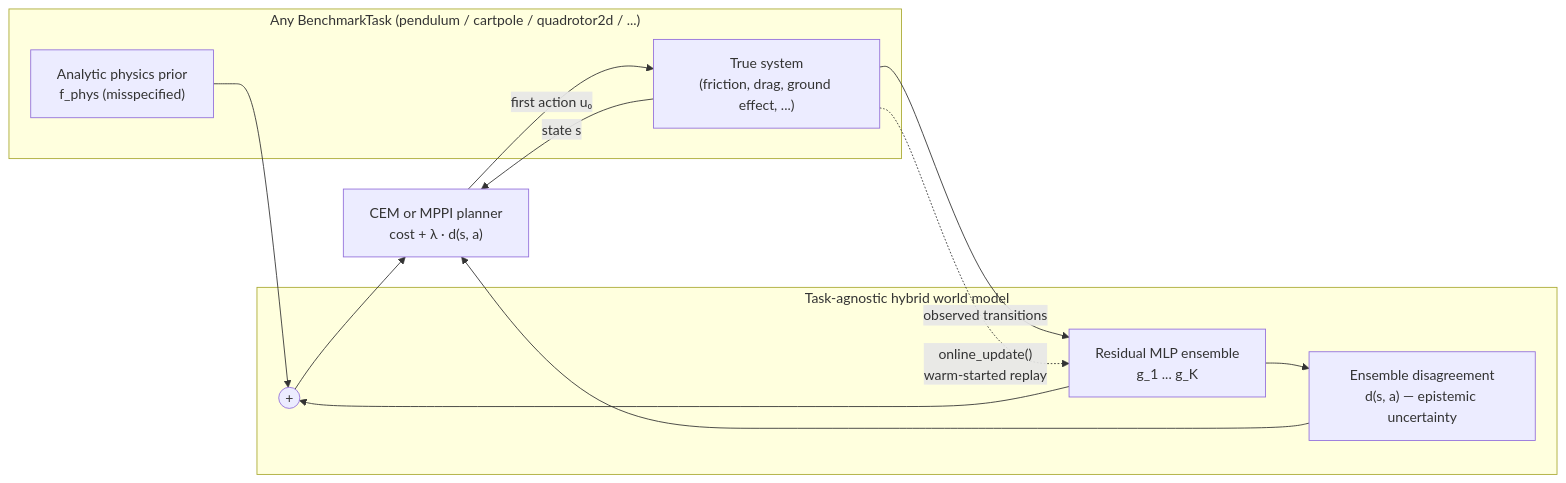
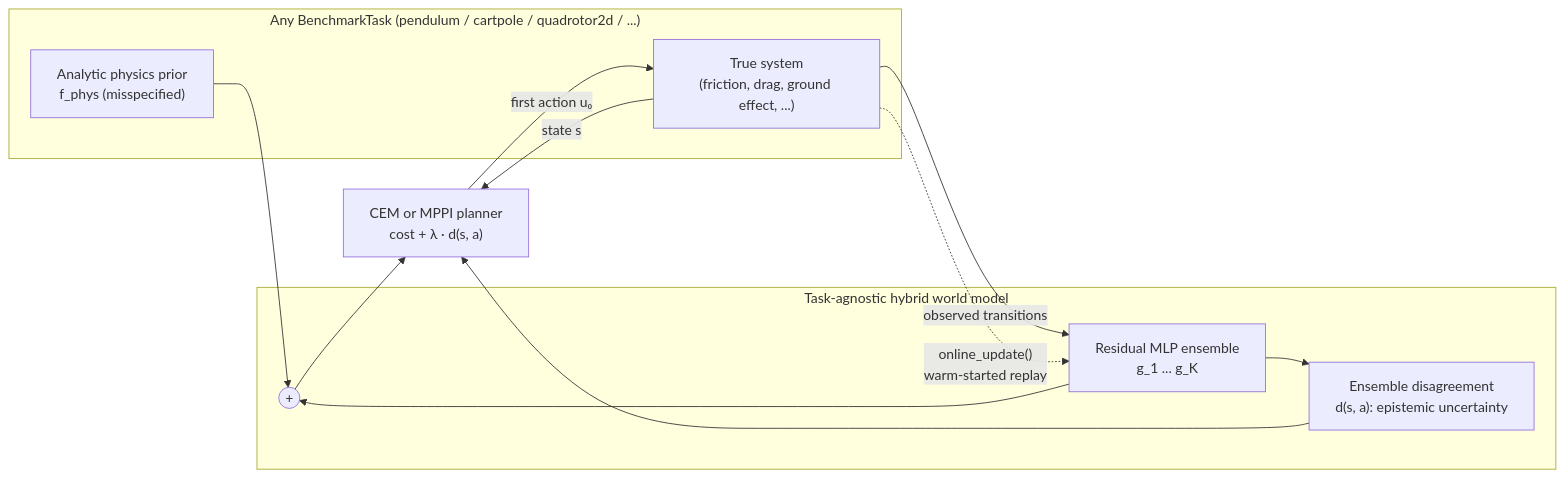
One commit to Yiannosste/Physics-Residual-World-Model changed the diagram in README.md. Above: the diagram before and after it, drawn with Mermaid. The commit also changed other lines of this file and 1 other file, not shown here.

````diff
--- a/README.md
+++ b/README.md
@@ -50,19 +50,19 @@
 ```mermaid
 flowchart LR
     subgraph TASK["Any BenchmarkTask (pendulum / cartpole / quadrotor2d / ...)"]
         P["Analytic physics prior<br/>f_phys (misspecified)"]
         ENV["True system<br/>(friction, drag, ground effect, ...)"]
     end
     subgraph WM["Task-agnostic hybrid world model"]
         R["Residual MLP ensemble<br/>g_1 ... g_K"]
         P --> SUM(("+"))
         R --> SUM
-        R --> D["Ensemble disagreement<br/>d(s, a) — epistemic uncertainty"]
+        R --> D["Ensemble disagreement<br/>d(s, a): epistemic uncertainty"]
     end
     SUM --> PL["CEM or MPPI planner<br/>cost + λ · d(s, a)"]
     D --> PL
     PL -- "first action u₀" --> ENV
     ENV -- "observed transitions" --> R
     ENV -- "state s" --> PL
     ENV -. "online_update()<br/>warm-started replay" .-> R
 ```
````
